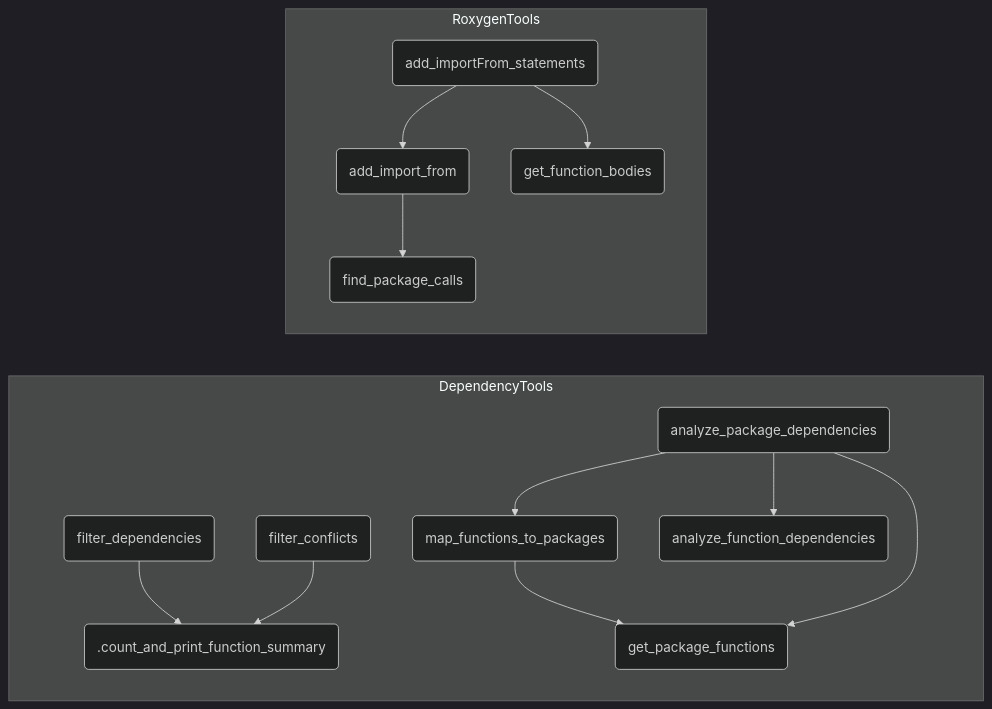
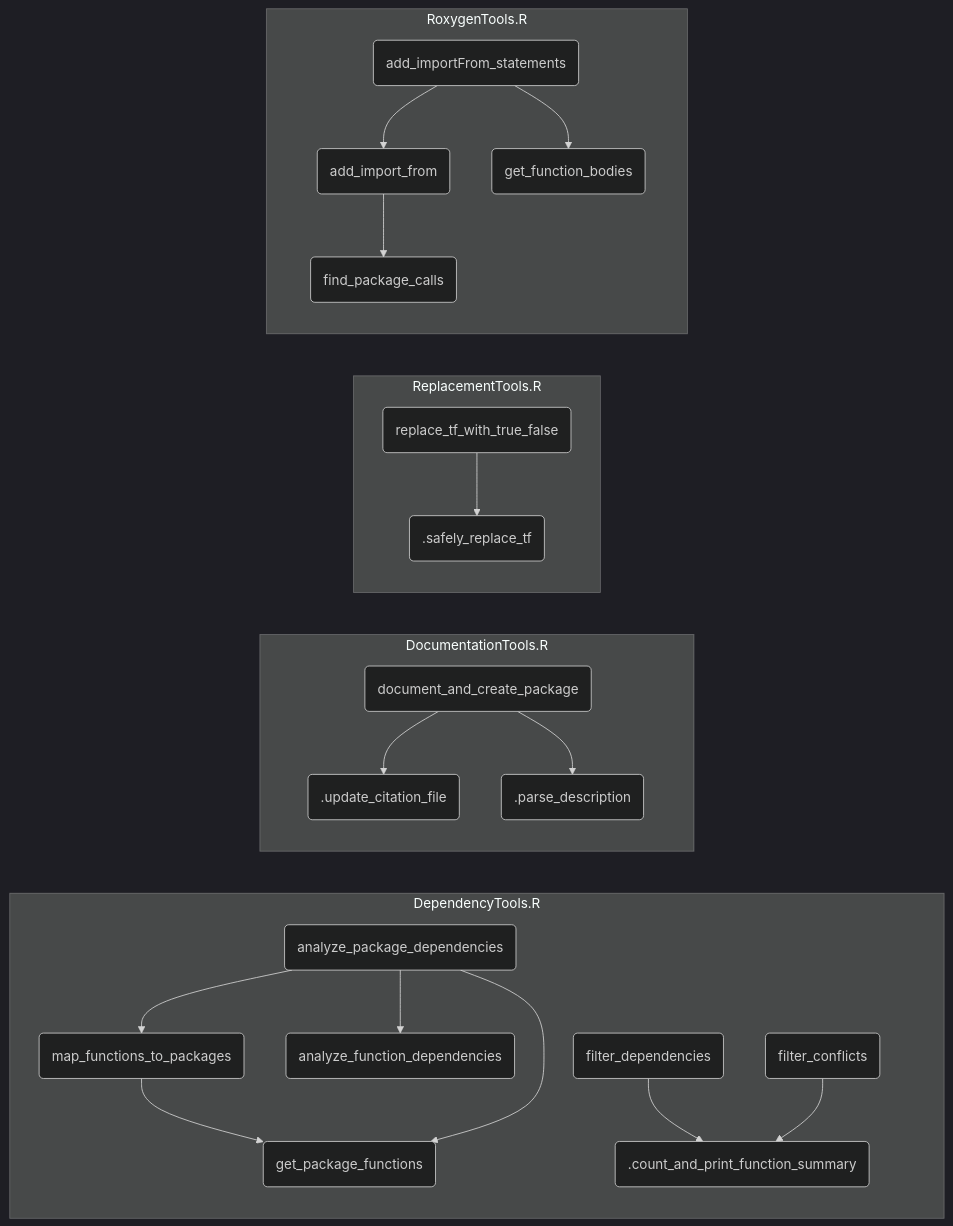
Before and after one commit to vertesy/PackageTools: the diagram in README.md, drawn with Mermaid (dark theme). The commit also changed other lines of this file, not shown here.

````diff
--- a/README.md
+++ b/README.md
@@ -309,17 +354,31 @@
-```mermaid
-flowchart LR
+ ```mermaid
+ flowchart LR 
+  
+subgraph DependencyTools.R
 
-subgraph DependencyTools
-  filter_dependencies(filter_dependencies) --> .count_and_print_function_summary(.count_and_print_function_summary)
-  filter_conflicts(filter_conflicts) --> .count_and_print_function_summary(.count_and_print_function_summary)
-  map_functions_to_packages(map_functions_to_packages) --> get_package_functions(get_package_functions)
-  analyze_package_dependencies(analyze_package_dependencies) --> map_functions_to_packages(map_functions_to_packages)
-  analyze_package_dependencies(analyze_package_dependencies) --> get_package_functions(get_package_functions)
-  analyze_package_dependencies(analyze_package_dependencies) --> analyze_function_dependencies(analyze_function_dependencies)
+    map_functions_to_packages(map_functions_to_packages) --> get_package_functions(get_package_functions)
+    analyze_package_dependencies(analyze_package_dependencies) --> map_functions_to_packages(map_functions_to_packages)
+    analyze_package_dependencies(analyze_package_dependencies) --> get_package_functions(get_package_functions)
+    analyze_package_dependencies(analyze_package_dependencies) --> analyze_function_dependencies(analyze_function_dependencies)
+  
+    filter_dependencies(filter_dependencies) --> .count_and_print_function_summary(.count_and_print_function_summary)
+    filter_conflicts(filter_conflicts) --> .count_and_print_function_summary(.count_and_print_function_summary)
+
 end
-subgraph RoxygenTools
-  add_import_from(add_import_from) --> find_package_calls(find_package_calls)
+
+subgraph DocumentationTools.R
+    document_and_create_package(document_and_create_package) --> .update_citation_file(.update_citation_file)
+    document_and_create_package(document_and_create_package) --> .parse_description(.parse_description)
+end
+
+
+subgraph ReplacementTools.R
+    replace_tf_with_true_false(replace_tf_with_true_false) --> .safely_replace_tf(.safely_replace_tf)
+end
+
+subgraph RoxygenTools.R
+add_import_from(add_import_from) --> find_package_calls(find_package_calls)
   add_importFrom_statements(add_importFrom_statements) --> get_function_bodies(get_function_bodies)
   add_importFrom_statements(add_importFrom_statements) --> add_import_from(add_import_from)
 end
-```
+ ```
````
